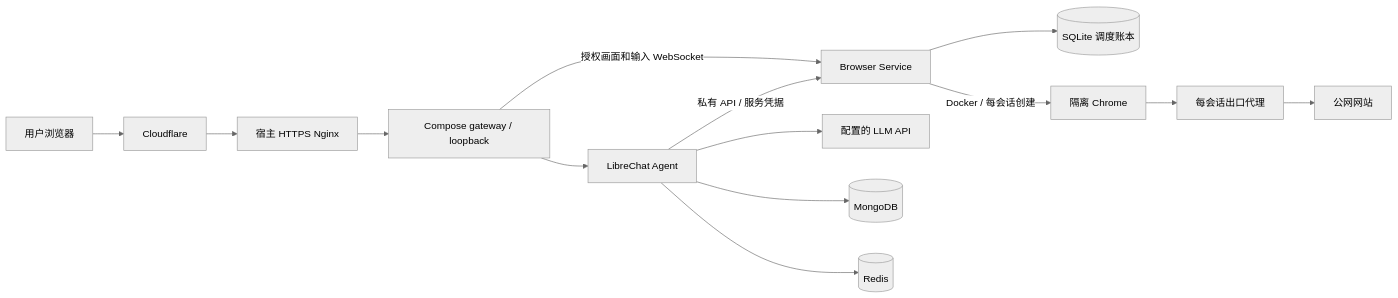
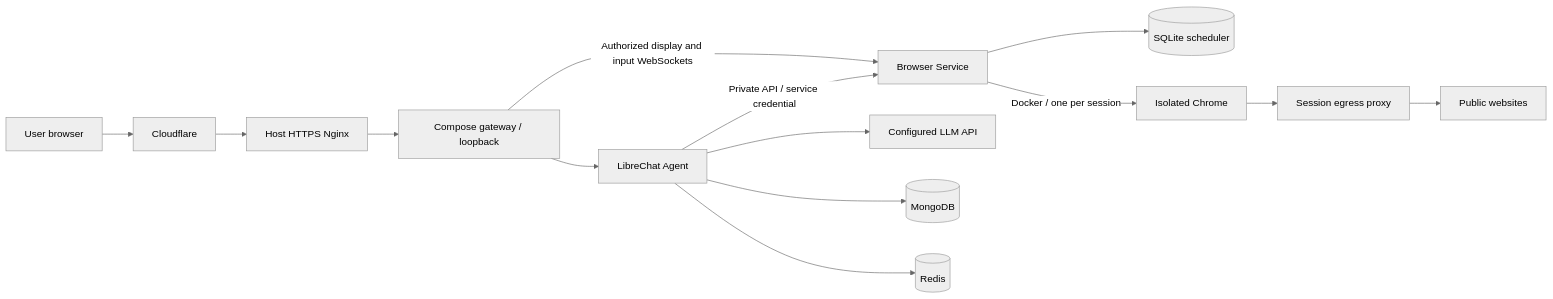
One commit to infrasika/agentic-browser changed the diagram in docs/ARCHITECTURE.md. Above: the diagram before and after it, drawn with Mermaid (neutral theme). The commit also changed other lines of this file and 10 other files, not shown here.

````diff
--- a/docs/ARCHITECTURE.md
+++ b/docs/ARCHITECTURE.md
@@ -5,16 +5,16 @@
 ```mermaid
 flowchart LR
-  User[用户浏览器] --> CF[Cloudflare]
-  CF --> Host[宿主 HTTPS Nginx]
+  User[User browser] --> CF[Cloudflare]
+  CF --> Host[Host HTTPS Nginx]
   Host --> Gateway[Compose gateway / loopback]
   Gateway --> Agent[LibreChat Agent]
-  Gateway -->|授权画面和输入 WebSocket| Browser[Browser Service]
-  Agent -->|私有 API / 服务凭据| Browser
-  Agent --> Model[配置的 LLM API]
+  Gateway -->|Authorized display and input WebSockets| Browser[Browser Service]
+  Agent -->|Private API / service credential| Browser
+  Agent --> Model[Configured LLM API]
   Agent --> Mongo[(MongoDB)]
   Agent --> Redis[(Redis)]
-  Browser --> Ledger[(SQLite 调度账本)]
-  Browser -->|Docker / 每会话创建| Chrome[隔离 Chrome]
-  Chrome --> Egress[每会话出口代理]
-  Egress --> Website[公网网站]
+  Browser --> Ledger[(SQLite scheduler)]
+  Browser -->|Docker / one per session| Chrome[Isolated Chrome]
+  Chrome --> Egress[Session egress proxy]
+  Egress --> Website[Public websites]
 ```
````
